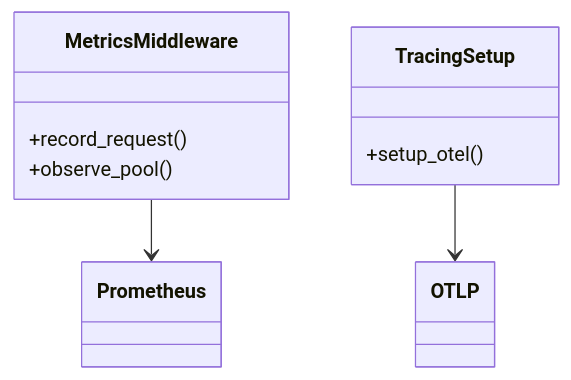
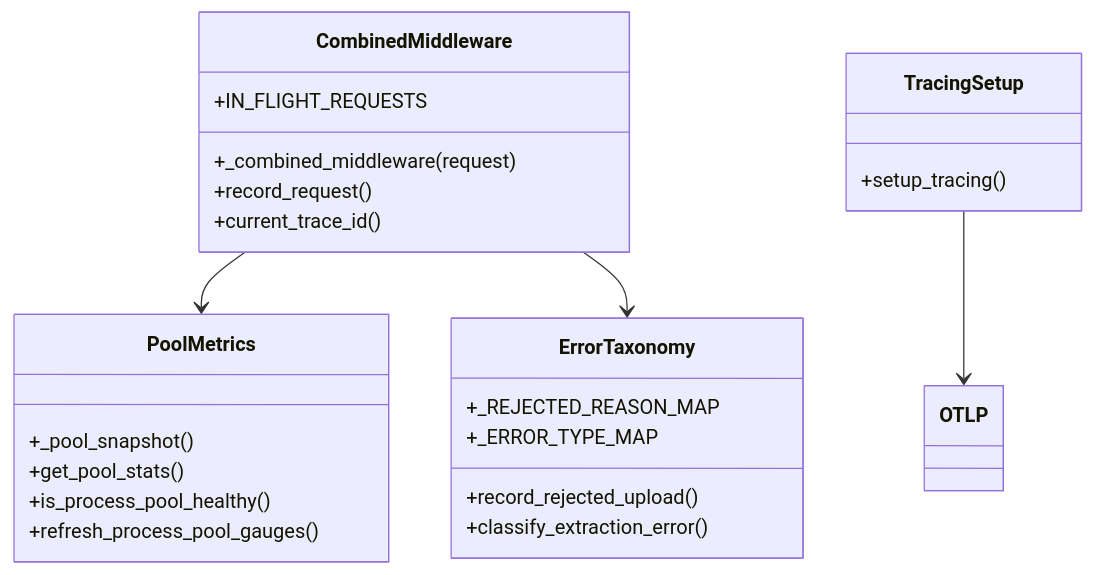
Before and after one commit to kunalPisolkar24/detectAI: the diagram in services/document-parser/docs/10-observability.md, drawn with Mermaid. The commit also changed other lines of this file and 4 other files, not shown here.

````diff
--- a/services/document-parser/docs/10-observability.md
+++ b/services/document-parser/docs/10-observability.md
@@ -33,12 +44,27 @@
 ```mermaid
 classDiagram
-    class MetricsMiddleware {
+    class CombinedMiddleware {
+        +_combined_middleware(request)
+        +IN_FLIGHT_REQUESTS
         +record_request()
-        +observe_pool()
+        +current_trace_id()
+    }
+    class PoolMetrics {
+        +_pool_snapshot()
+        +get_pool_stats()
+        +is_process_pool_healthy()
+        +refresh_process_pool_gauges()
+    }
+    class ErrorTaxonomy {
+        +_REJECTED_REASON_MAP
+        +_ERROR_TYPE_MAP
+        +record_rejected_upload()
+        +classify_extraction_error()
     }
     class TracingSetup {
-        +setup_otel()
+        +setup_tracing()
     }
-    MetricsMiddleware --> Prometheus
+    CombinedMiddleware --> PoolMetrics
+    CombinedMiddleware --> ErrorTaxonomy
     TracingSetup --> OTLP
 ```
````
